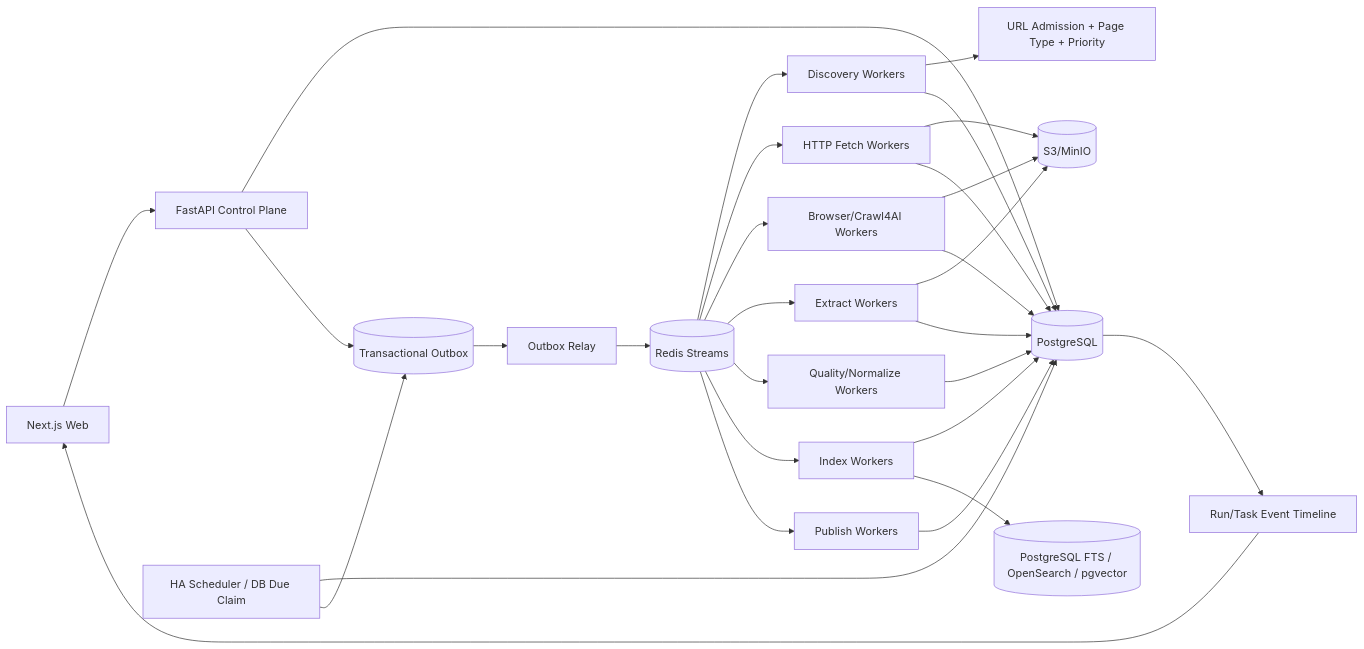
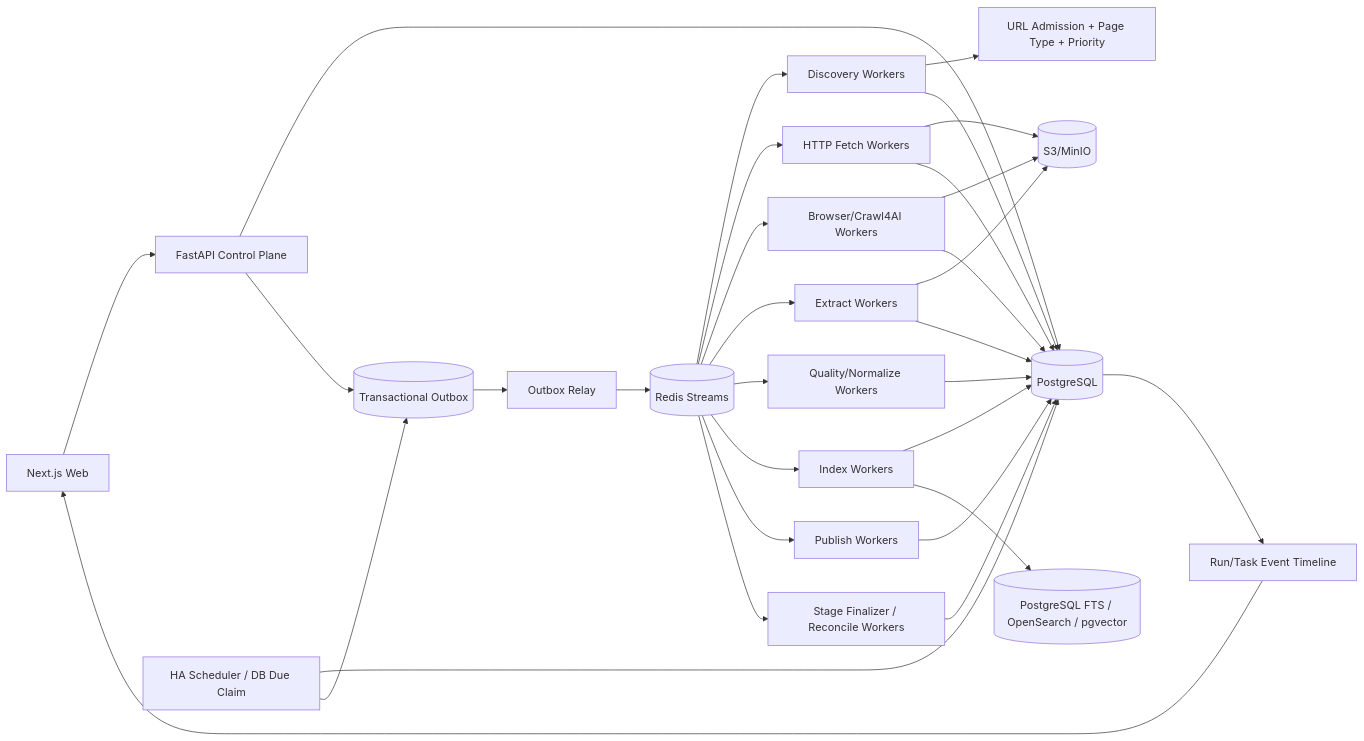
Before and after one commit to WorkerXu/my-doc: the diagram in 博客知识库技术方案.md, drawn with Mermaid. The commit also changed other lines of this file, not shown here.

````diff
--- a/博客知识库技术方案.md
+++ b/博客知识库技术方案.md
@@ -40,36 +43,38 @@
 ```mermaid
 flowchart LR
     UI[Next.js Web] --> API[FastAPI Control Plane]
     API --> PG[(PostgreSQL)]
     API --> OUT[(Transactional Outbox)]
 
     SCHED[HA Scheduler / DB Due Claim] --> PG
     SCHED --> OUT
     OUT --> RELAY[Outbox Relay]
     RELAY --> Q[(Redis Streams)]
 
     Q --> DW[Discovery Workers]
     Q --> HF[HTTP Fetch Workers]
     Q --> BW[Browser/Crawl4AI Workers]
     Q --> EX[Extract Workers]
     Q --> QW[Quality/Normalize Workers]
     Q --> IW[Index Workers]
     Q --> PW[Publish Workers]
+    Q --> FIN[Stage Finalizer / Reconcile Workers]
 
     DW --> GATE[URL Admission + Page Type + Priority]
     HF --> OBJ[(S3/MinIO)]
     BW --> OBJ
     EX --> OBJ
 
     DW --> PG
     HF --> PG
     BW --> PG
     EX --> PG
     QW --> PG
     IW --> PG
     PW --> PG
+    FIN --> PG
 
     IW --> SEARCH[(PostgreSQL FTS / OpenSearch / pgvector)]
     PG --> EVT[Run/Task Event Timeline]
     EVT --> UI
 ```
````
